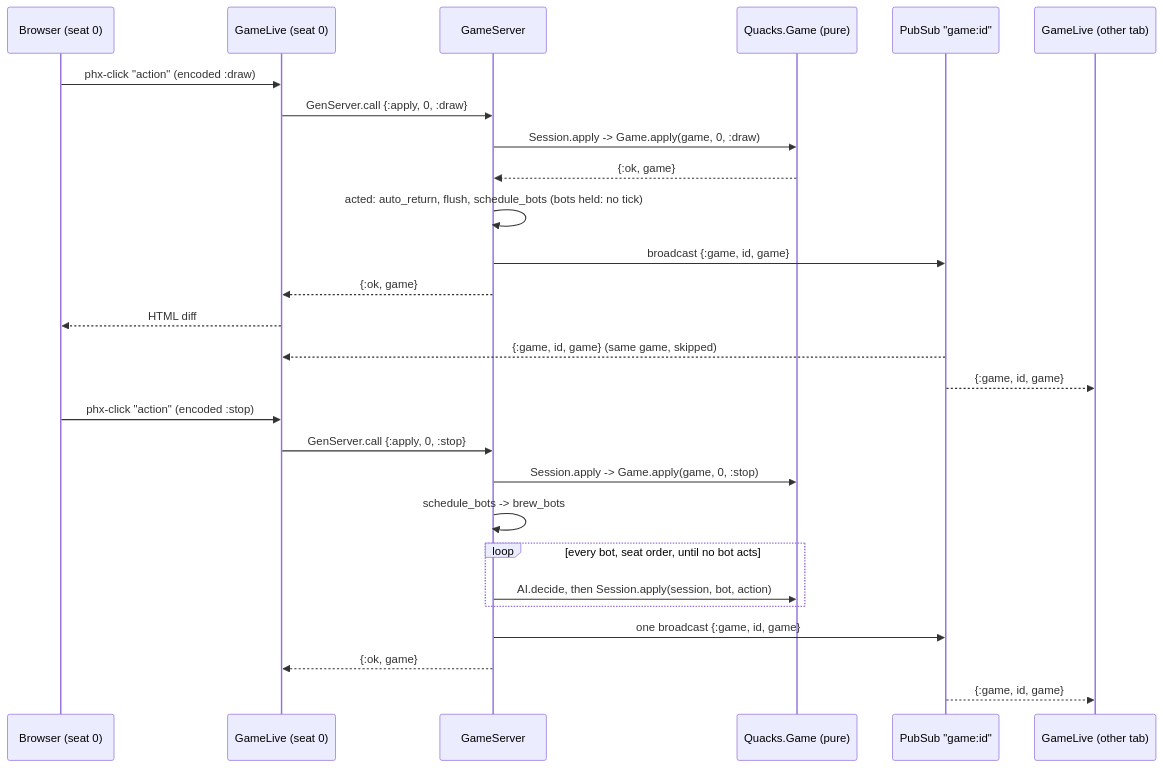
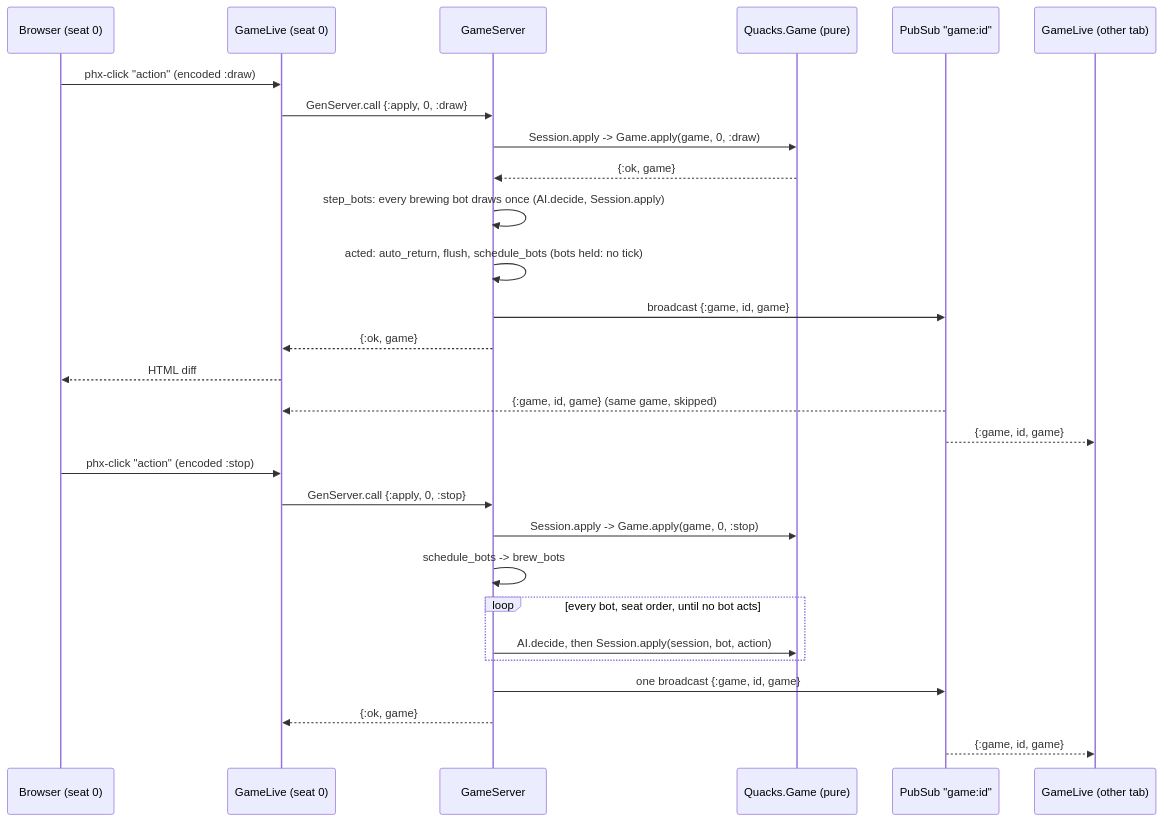
The diagram in docs/guide/04-gameserver.md (xylophonehero/quacks-elixir), drawn with Mermaid before and after one commit. The commit also changed other lines of this file and 4 other files, not shown here.

First line of the commit message:
Round 37 engine: bots step with each human draw, in one update

````diff
--- a/docs/guide/04-gameserver.md
+++ b/docs/guide/04-gameserver.md
@@ -446,30 +466,31 @@
 ```mermaid
 sequenceDiagram
   participant B as Browser (seat 0)
   participant LV as GameLive (seat 0)
   participant GS as GameServer
   participant E as Quacks.Game (pure)
   participant PS as PubSub "game:id"
   participant LV2 as GameLive (other tab)
 
   B->>LV: phx-click "action" (encoded :draw)
   LV->>GS: GenServer.call {:apply, 0, :draw}
   GS->>E: Session.apply -> Game.apply(game, 0, :draw)
   E-->>GS: {:ok, game}
+  GS->>GS: step_bots: every brewing bot draws once (AI.decide, Session.apply)
   GS->>GS: acted: auto_return, flush, schedule_bots (bots held: no tick)
   GS->>PS: broadcast {:game, id, game}
   GS-->>LV: {:ok, game}
   LV-->>B: HTML diff
   PS-->>LV: {:game, id, game} (same game, skipped)
   PS-->>LV2: {:game, id, game}
   B->>LV: phx-click "action" (encoded :stop)
   LV->>GS: GenServer.call {:apply, 0, :stop}
   GS->>E: Session.apply -> Game.apply(game, 0, :stop)
   GS->>GS: schedule_bots -> brew_bots
   loop every bot, seat order, until no bot acts
     GS->>E: AI.decide, then Session.apply(session, bot, action)
   end
   GS->>PS: one broadcast {:game, id, game}
   GS-->>LV: {:ok, game}
   PS-->>LV2: {:game, id, game}
 ```
````
